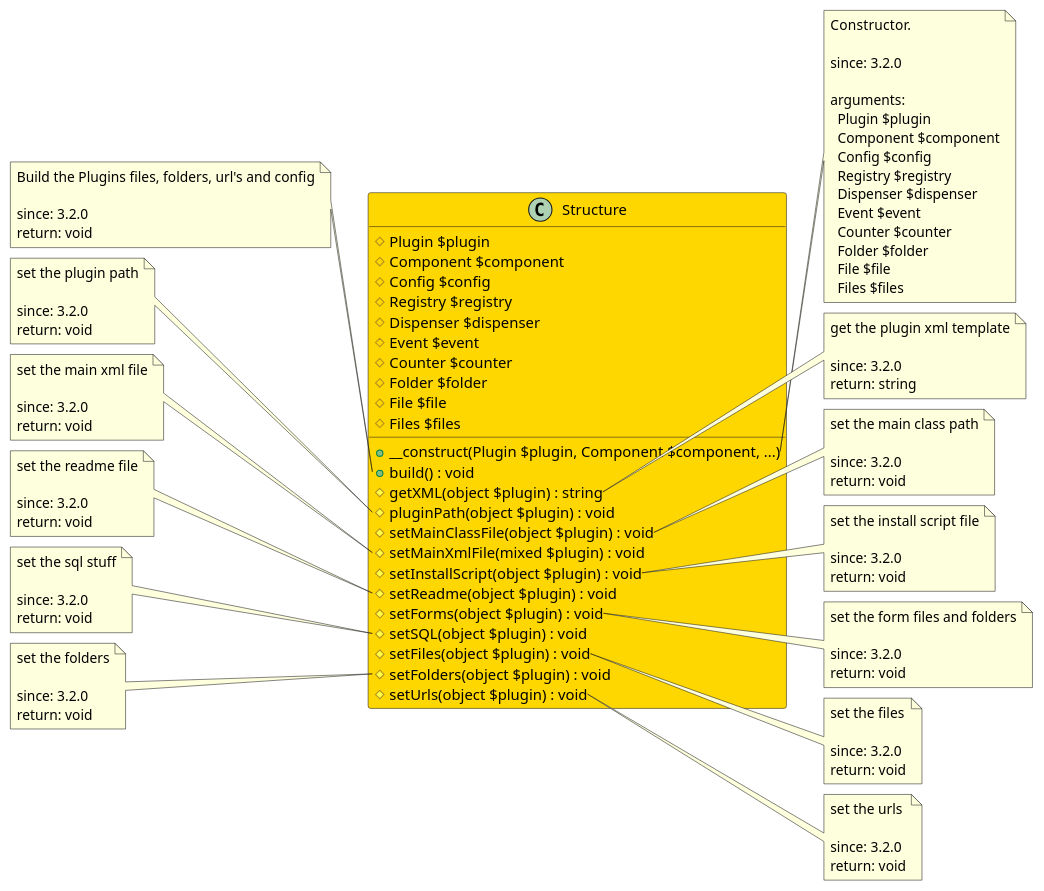
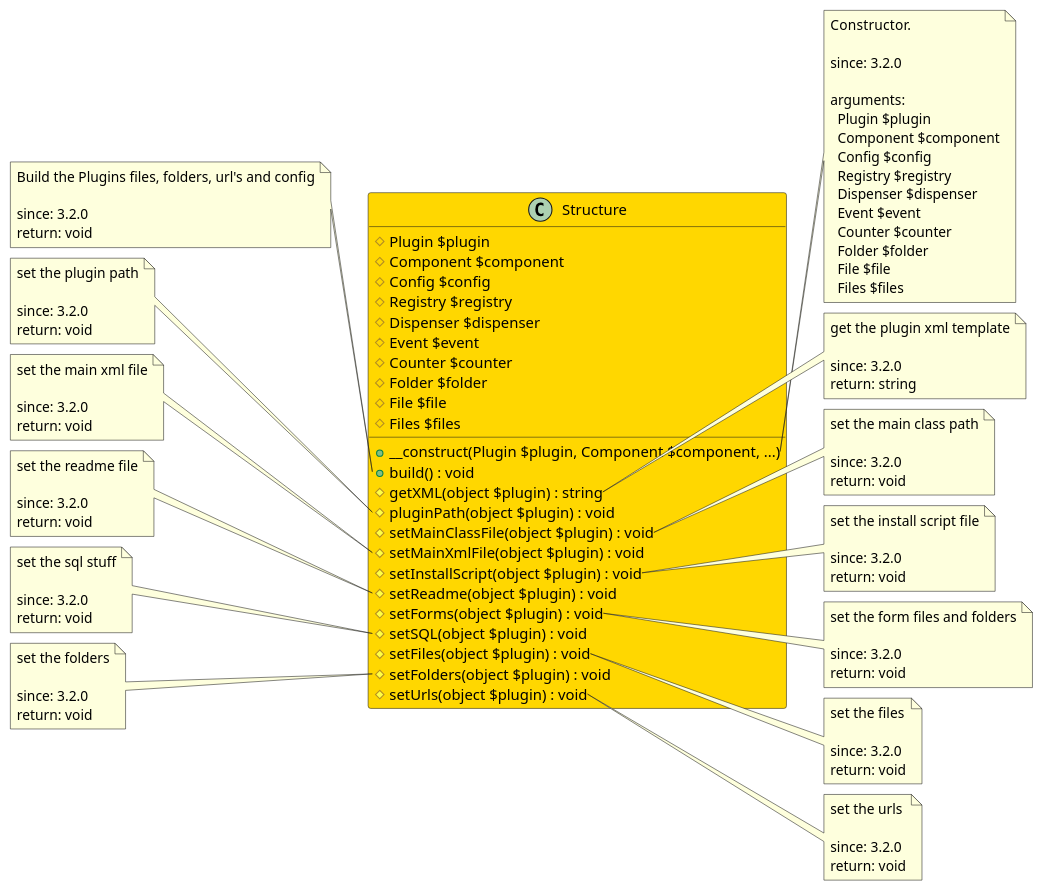
One commit to joomengine/jcb-compiler changed the diagram in src/a900b836-f2eb-4f13-8f28-b7cac839c7ff/README.md. Above: the diagram before and after it, drawn with PlantUML. The commit also changed 232 other files, not shown here.

```diff
--- a/src/a900b836-f2eb-4f13-8f28-b7cac839c7ff/README.md
+++ b/src/a900b836-f2eb-4f13-8f28-b7cac839c7ff/README.md
@@ -26,7 +26,7 @@
   # getXML(object $plugin) : string
   # pluginPath(object $plugin) : void
   # setMainClassFile(object $plugin) : void
-  # setMainXmlFile(mixed $plugin) : void
+  # setMainXmlFile(object $plugin) : void
   # setInstallScript(object $plugin) : void
   # setReadme(object $plugin) : void
   # setForms(object $plugin) : void
```
